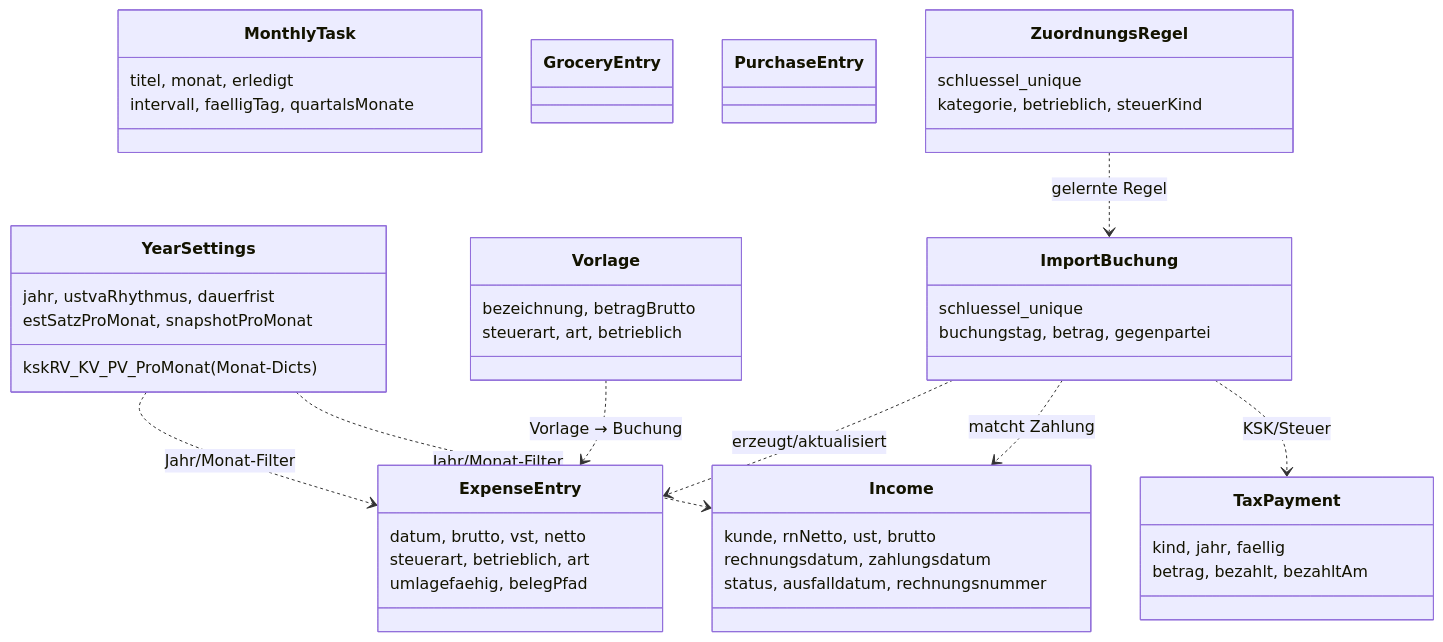
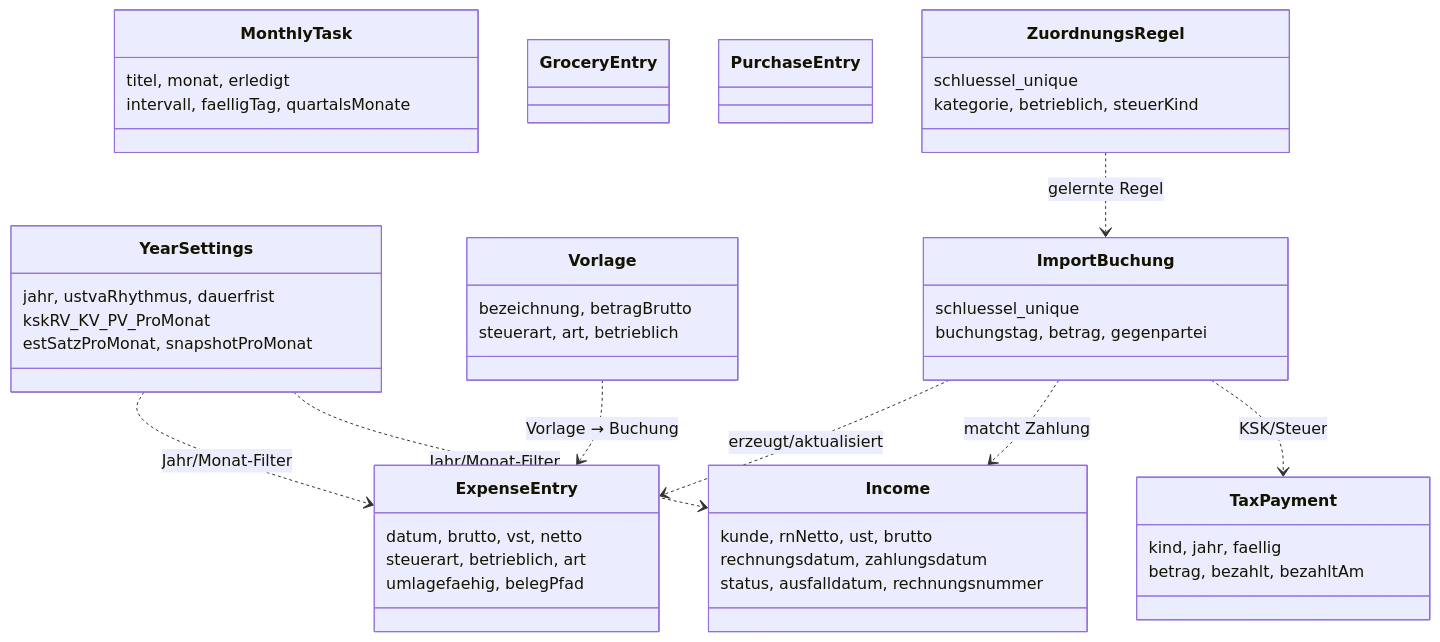
The third of 5 diagrams in ARCHITEKTUR.md (Wiredframe/kontor-buchhaltung), drawn with Mermaid before and after one commit. The commit also changed other lines of this file, not shown here.

First line of the commit message:
docs(architektur): Mermaid GitHub-konform (gequotete Labels, kein @/Methoden-Klammer)

````diff
--- a/ARCHITEKTUR.md
+++ b/ARCHITEKTUR.md
@@ -106,50 +106,50 @@
 ```mermaid
 classDiagram
     class YearSettings {
         jahr, ustvaRhythmus, dauerfrist
-        kskRV_KV_PV_ProMonat (Monat-Dicts)
+        kskRV_KV_PV_ProMonat
         estSatzProMonat, snapshotProMonat
     }
     class ExpenseEntry {
         datum, brutto, vst, netto
         steuerart, betrieblich, art
         umlagefaehig, belegPfad
     }
     class Income {
         kunde, rnNetto, ust, brutto
         rechnungsdatum, zahlungsdatum
         status, ausfalldatum, rechnungsnummer
     }
     class TaxPayment {
         kind, jahr, faellig
         betrag, bezahlt, bezahltAm
     }
     class Vorlage {
         bezeichnung, betragBrutto
         steuerart, art, betrieblich
     }
     class MonthlyTask {
         titel, monat, erledigt
         intervall, faelligTag, quartalsMonate
     }
     class GroceryEntry {
     }
     class PurchaseEntry {
     }
     class ZuordnungsRegel {
         schluessel_unique
         kategorie, betrieblich, steuerKind
     }
     class ImportBuchung {
         schluessel_unique
         buchungstag, betrag, gegenpartei
     }
 
     YearSettings ..> ExpenseEntry : Jahr/Monat-Filter
     YearSettings ..> Income : Jahr/Monat-Filter
     ImportBuchung ..> ExpenseEntry : erzeugt/aktualisiert
     ImportBuchung ..> Income : matcht Zahlung
     ImportBuchung ..> TaxPayment : KSK/Steuer
     ZuordnungsRegel ..> ImportBuchung : gelernte Regel
     Vorlage ..> ExpenseEntry : Vorlage → Buchung
 ```
````
